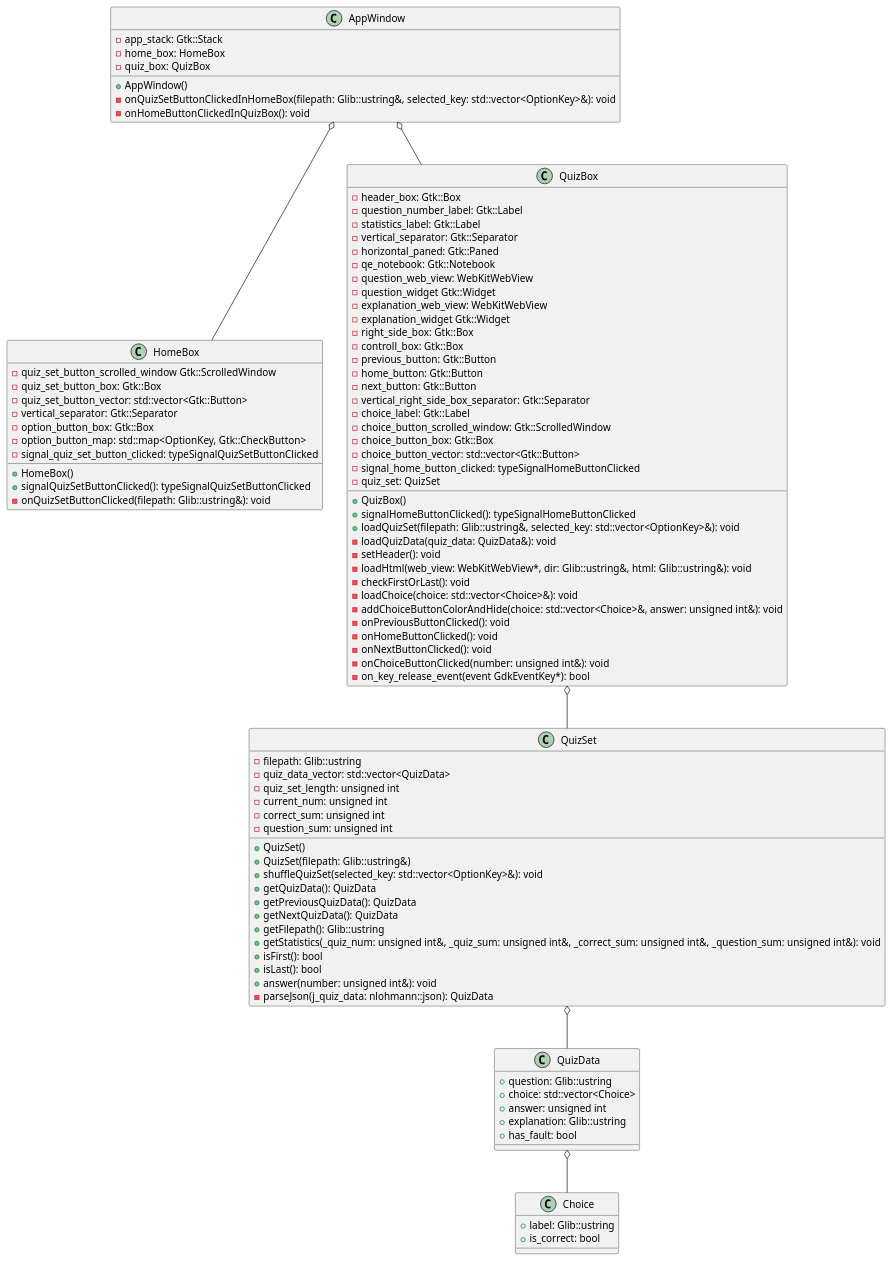
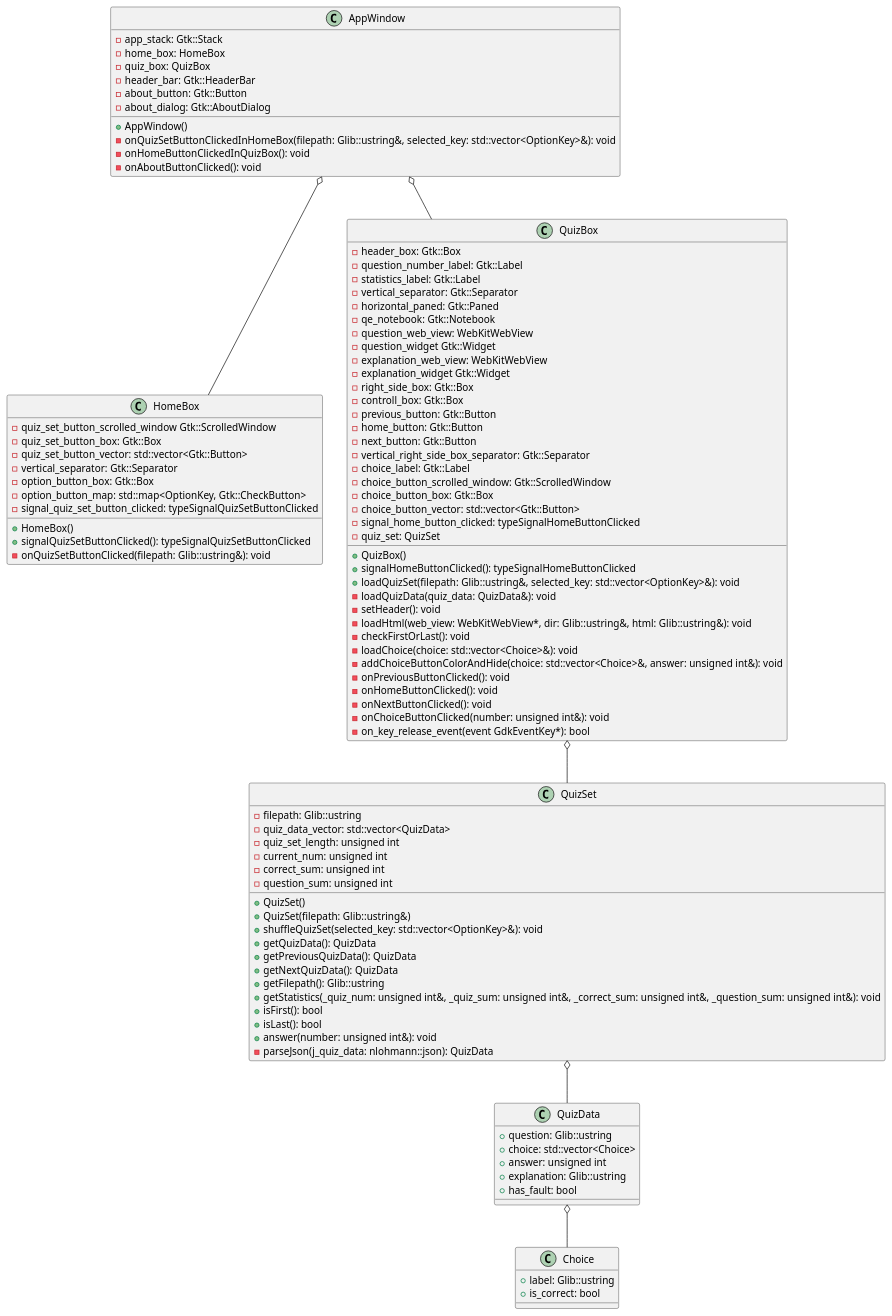
The diagram in design/class_diagram.plantuml (mikiya1130/Multiple_Choice_Quiz), drawn with PlantUML before and after one commit. The commit also changed 2 other files, not shown here.

Commit message:
Add about

```diff
--- a/design/class_diagram.plantuml
+++ b/design/class_diagram.plantuml
@@ -1,108 +1,112 @@
 @startuml class_diagram
 
 class AppWindow {
     - app_stack: Gtk::Stack
     - home_box: HomeBox
     - quiz_box: QuizBox
+    - header_bar: Gtk::HeaderBar
+    - about_button: Gtk::Button
+    - about_dialog: Gtk::AboutDialog
 
     + AppWindow()
     - onQuizSetButtonClickedInHomeBox(filepath: Glib::ustring&, selected_key: std::vector<OptionKey>&): void
     - onHomeButtonClickedInQuizBox(): void
+    - onAboutButtonClicked(): void
 }
 
 class HomeBox {
     - quiz_set_button_scrolled_window Gtk::ScrolledWindow
     - quiz_set_button_box: Gtk::Box
     - quiz_set_button_vector: std::vector<Gtk::Button>
     - vertical_separator: Gtk::Separator
     - option_button_box: Gtk::Box
     - option_button_map: std::map<OptionKey, Gtk::CheckButton>
     - signal_quiz_set_button_clicked: typeSignalQuizSetButtonClicked
 
     + HomeBox()
     + signalQuizSetButtonClicked(): typeSignalQuizSetButtonClicked
     - onQuizSetButtonClicked(filepath: Glib::ustring&): void
 }
 
 class QuizBox {
     - header_box: Gtk::Box
     - question_number_label: Gtk::Label
     - statistics_label: Gtk::Label
     - vertical_separator: Gtk::Separator
     - horizontal_paned: Gtk::Paned
     - qe_notebook: Gtk::Notebook
     - question_web_view: WebKitWebView
     - question_widget Gtk::Widget
     - explanation_web_view: WebKitWebView
     - explanation_widget Gtk::Widget
     - right_side_box: Gtk::Box
     - controll_box: Gtk::Box
     - previous_button: Gtk::Button
     - home_button: Gtk::Button
     - next_button: Gtk::Button
     - vertical_right_side_box_separator: Gtk::Separator
     - choice_label: Gtk::Label
     - choice_button_scrolled_window: Gtk::ScrolledWindow
     - choice_button_box: Gtk::Box
     - choice_button_vector: std::vector<Gtk::Button>
     - signal_home_button_clicked: typeSignalHomeButtonClicked
     - quiz_set: QuizSet
 
     + QuizBox()
     + signalHomeButtonClicked(): typeSignalHomeButtonClicked
     + loadQuizSet(filepath: Glib::ustring&, selected_key: std::vector<OptionKey>&): void
     - loadQuizData(quiz_data: QuizData&): void
     - setHeader(): void
     - loadHtml(web_view: WebKitWebView*, dir: Glib::ustring&, html: Glib::ustring&): void
     - checkFirstOrLast(): void
     - loadChoice(choice: std::vector<Choice>&): void
     - addChoiceButtonColorAndHide(choice: std::vector<Choice>&, answer: unsigned int&): void
     - onPreviousButtonClicked(): void
     - onHomeButtonClicked(): void
     - onNextButtonClicked(): void
     - onChoiceButtonClicked(number: unsigned int&): void
     - on_key_release_event(event GdkEventKey*): bool
 }
 
 class QuizSet {
     - filepath: Glib::ustring
     - quiz_data_vector: std::vector<QuizData>
     - quiz_set_length: unsigned int
     - current_num: unsigned int
     - correct_sum: unsigned int
     - question_sum: unsigned int
 
     + QuizSet()
     + QuizSet(filepath: Glib::ustring&)
     + shuffleQuizSet(selected_key: std::vector<OptionKey>&): void
     + getQuizData(): QuizData
     + getPreviousQuizData(): QuizData
     + getNextQuizData(): QuizData
     + getFilepath(): Glib::ustring
     + getStatistics(_quiz_num: unsigned int&, _quiz_sum: unsigned int&, _correct_sum: unsigned int&, _question_sum: unsigned int&): void
     + isFirst(): bool
     + isLast(): bool
     + answer(number: unsigned int&): void
     - parseJson(j_quiz_data: nlohmann::json): QuizData
 }
 
 class QuizData {
     + question: Glib::ustring
     + choice: std::vector<Choice>
     + answer: unsigned int
     + explanation: Glib::ustring
     + has_fault: bool
 }
 
 class Choice {
     + label: Glib::ustring
     + is_correct: bool
 }
 
 AppWindow o-- HomeBox
 AppWindow o-- QuizBox
 QuizBox o-- QuizSet
 QuizSet o-- QuizData
 QuizData o-- Choice
 
 @enduml
```
